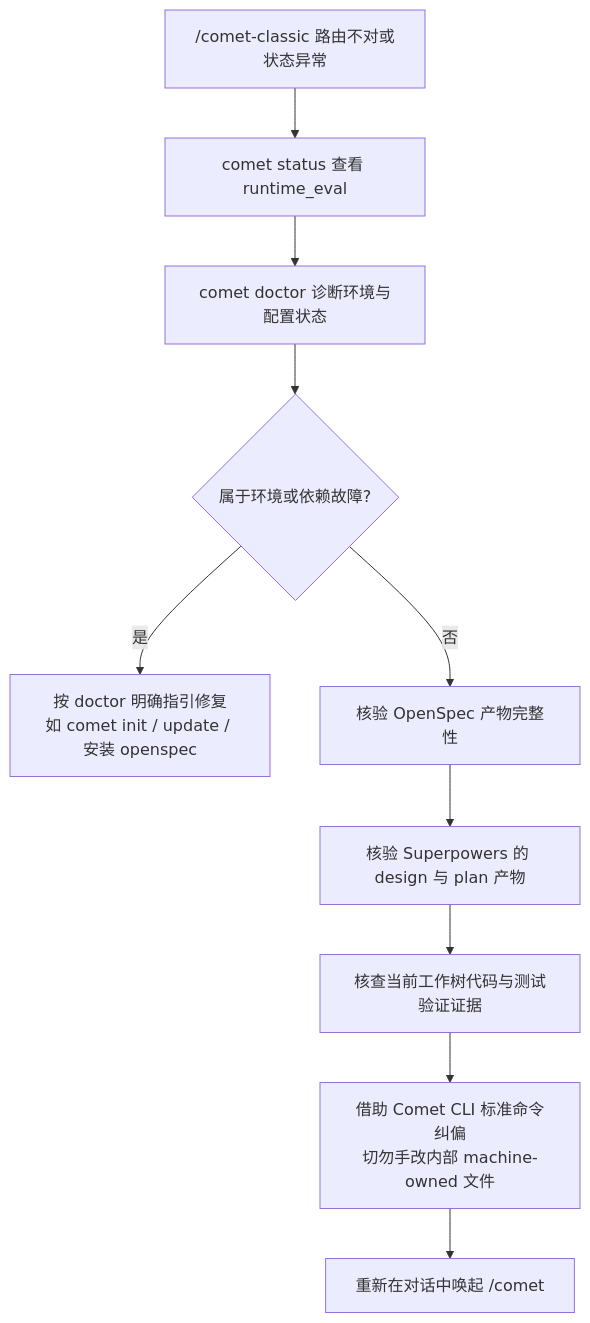
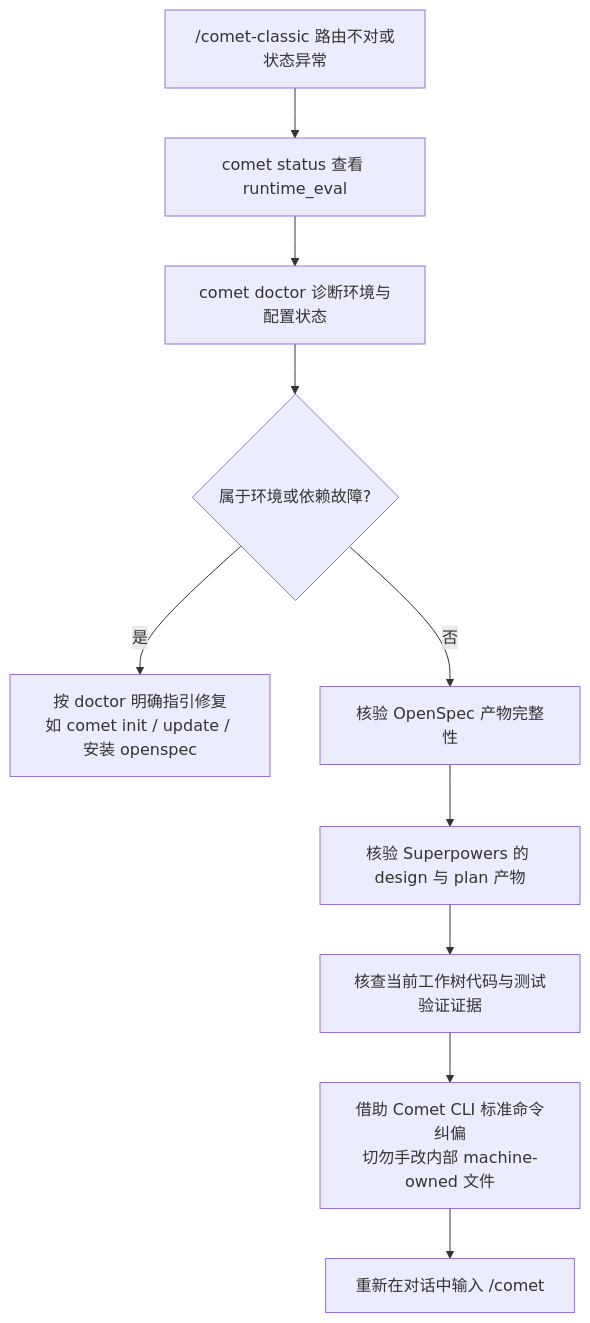
One commit to rpamis/comet-website-docs changed the diagram in zh/guides/state-recovery.mdx. Above: the diagram before and after it, drawn with Mermaid. The commit also changed other lines of this file and 88 other files, not shown here.

````diff
--- a/zh/guides/state-recovery.mdx
+++ b/zh/guides/state-recovery.mdx
@@ -85,12 +85,12 @@
 ```mermaid
 flowchart TD
   A["/comet-classic 路由不对或状态异常"] --> B["comet status 查看 runtime_eval"]
   B --> C["comet doctor 诊断环境与配置状态"]
   C --> D{"属于环境或依赖故障?"}
   D -->|是| E["按 doctor 明确指引修复<br/>如 comet init / update / 安装 openspec"]
   D -->|否| F["核验 OpenSpec 产物完整性"]
   F --> G["核验 Superpowers 的 design 与 plan 产物"]
   G --> H["核查当前工作树代码与测试验证证据"]
   H --> I["借助 Comet CLI 标准命令纠偏<br/>切勿手改内部 machine-owned 文件"]
-  I --> J["重新在对话中唤起 /comet"]
+  I --> J["重新在对话中输入 /comet"]
 ```
````
